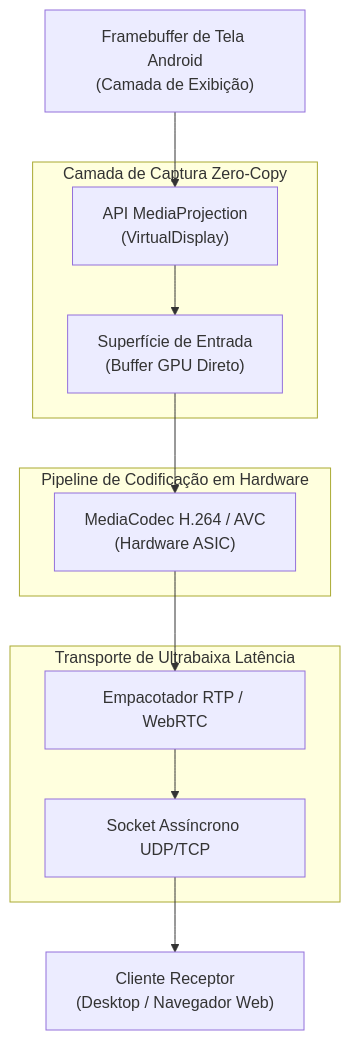
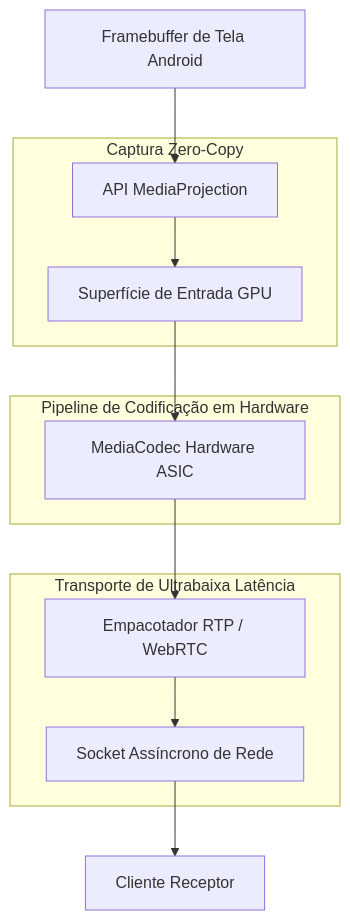
One commit to welzim19-star/zero-ping-mirror changed the diagram in README.pt-BR.md. Above: the diagram before and after it, drawn with Mermaid. The commit also changed 1 other file, not shown here.

Commit message:
fix(diagram): streamline Mermaid node labels to eliminate clipping

````diff
--- a/README.pt-BR.md
+++ b/README.pt-BR.md
@@ -26,27 +26,27 @@
 ```mermaid
 flowchart TD
-    Screen["Framebuffer de Tela Android<br/>(Camada de Exibição)"]
+    Screen["Framebuffer de Tela Android"]
     
-    subgraph CAPTURE["Camada de Captura Zero-Copy"]
-        MP["API MediaProjection<br/>(VirtualDisplay)"]
-        Surface["Superfície de Entrada<br/>(Buffer GPU Direto)"]
+    subgraph CAPTURE["Captura Zero-Copy"]
+        MP["API MediaProjection"]
+        Surface["Superfície de Entrada GPU"]
         MP --> Surface
     end
     
     subgraph ENCODER["Pipeline de Codificação em Hardware"]
-        Codec["MediaCodec H.264 / AVC<br/>(Hardware ASIC)"]
+        Codec["MediaCodec Hardware ASIC"]
         Surface --> Codec
     end
     
     subgraph TRANSPORT["Transporte de Ultrabaixa Latência"]
         Mux["Empacotador RTP / WebRTC"]
-        Socket["Socket Assíncrono UDP/TCP"]
+        Socket["Socket Assíncrono de Rede"]
         Codec --> Mux
         Mux --> Socket
     end
     
-    Client["Cliente Receptor<br/>(Desktop / Navegador Web)"]
+    Client["Cliente Receptor"]
 
     Screen --> MP
     Socket --> Client
 ```
````
